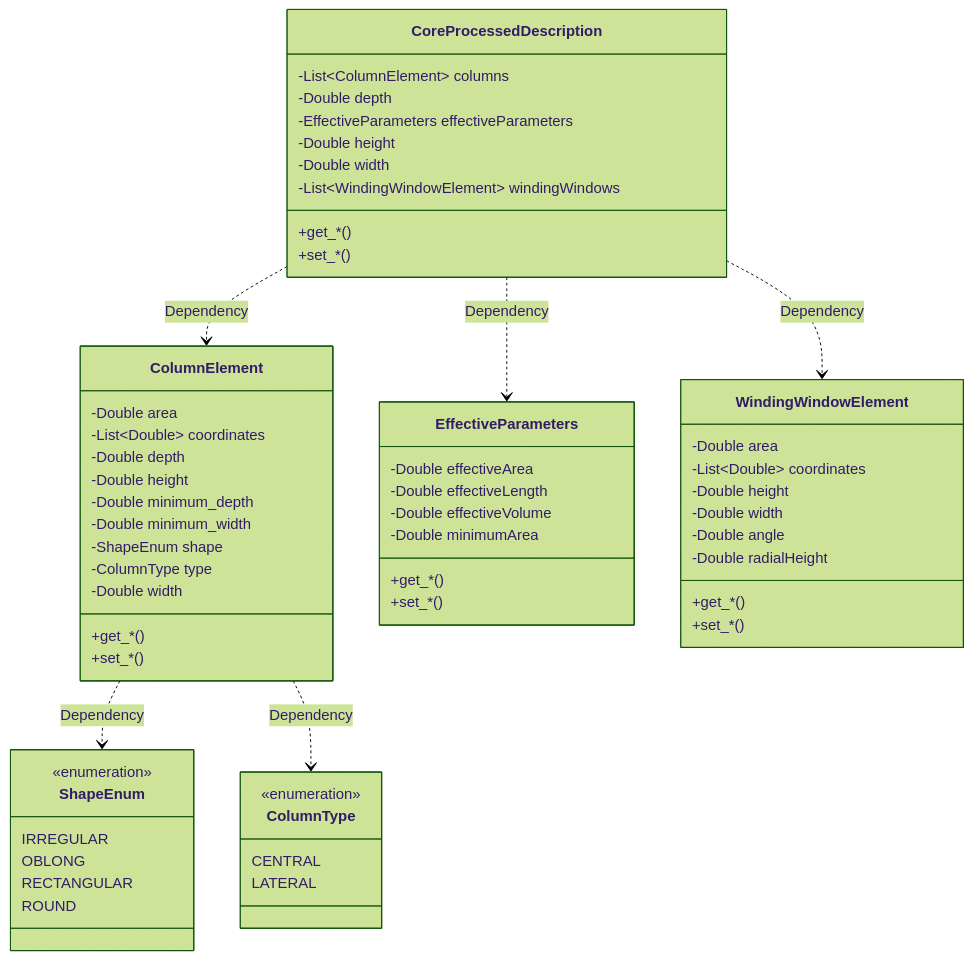
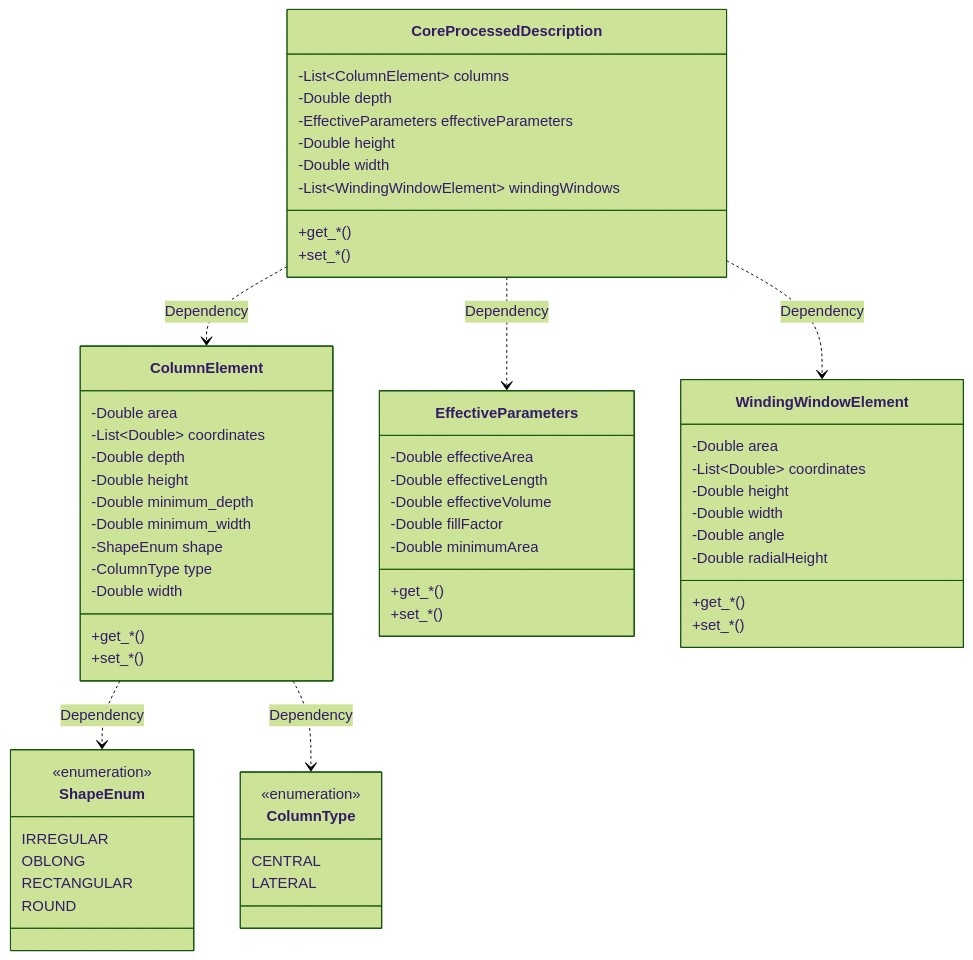
The seventh of 8 diagrams in docs/magnetic/core.md (Power-Supply-Manufacturers-Association/MAS), drawn with Mermaid (forest theme) before and after one commit. The commit also changed 7 other files, not shown here.

First line of the commit message:
schema(core): optional effectiveParameters.fillFactor (MAS-RFC 0020, accepted); 2.8.0

````diff
--- a/docs/magnetic/core.md
+++ b/docs/magnetic/core.md
@@ -680,71 +680,72 @@
 ```mermaid
 classDiagram
 class CoreProcessedDescription {
     -List~ColumnElement~ columns
     -Double depth
     -EffectiveParameters effectiveParameters
     -Double height
     -Double width
     -List~WindingWindowElement~ windingWindows
     
     +get_*()
     +set_*()
 }
 CoreProcessedDescription ..> ColumnElement : Dependency
 CoreProcessedDescription ..> EffectiveParameters : Dependency
 CoreProcessedDescription ..> WindingWindowElement : Dependency
 
 
 class WindingWindowElement {
     -Double area
     -List~Double~ coordinates
     -Double height
     -Double width
     -Double angle
     -Double radialHeight
     
     +get_*()
     +set_*()
 }
 
 class EffectiveParameters {
     -Double effectiveArea
     -Double effectiveLength
     -Double effectiveVolume
+    -Double fillFactor
     -Double minimumArea
     
     +get_*()
     +set_*()
 }
 
 class ColumnElement {
     -Double area
     -List~Double~ coordinates
     -Double depth
     -Double height
     -Double minimum_depth
     -Double minimum_width
     -ShapeEnum shape
     -ColumnType type
     -Double width
 
     +get_*()
     +set_*()
 }
 ColumnElement ..> ShapeEnum : Dependency
 ColumnElement ..> ColumnType : Dependency
 
 class ShapeEnum {
     <<enumeration>>
     IRREGULAR
     OBLONG
     RECTANGULAR
     ROUND
 }
 
 class ColumnType {
     <<enumeration>>
     CENTRAL
     LATERAL
 }
 ```
````
